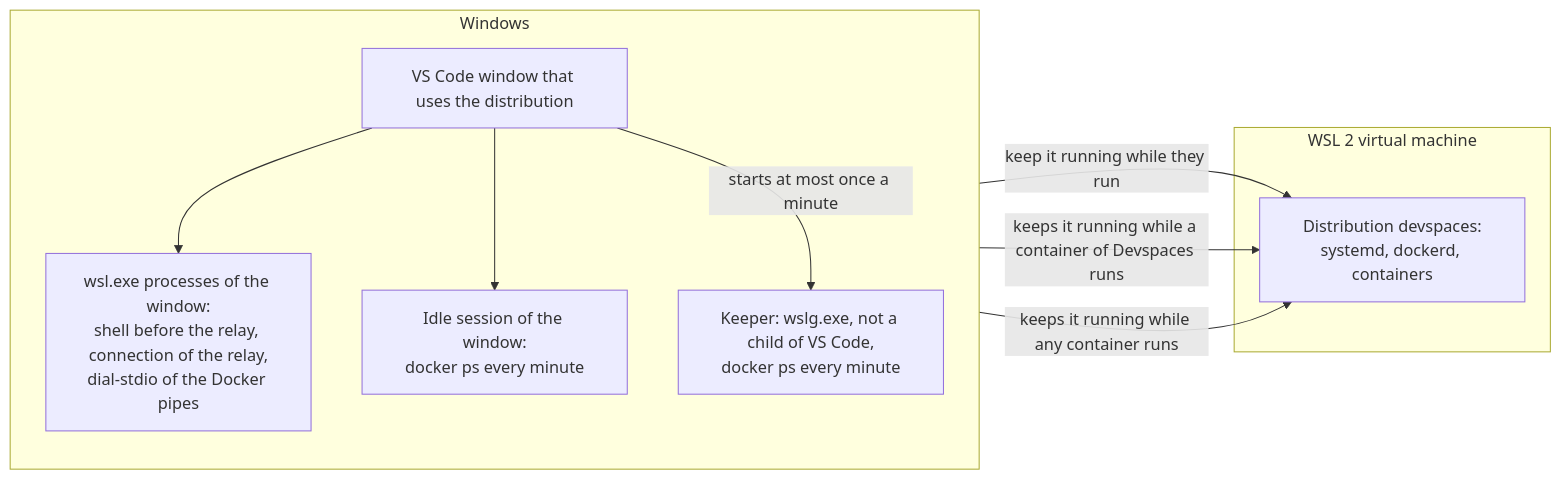
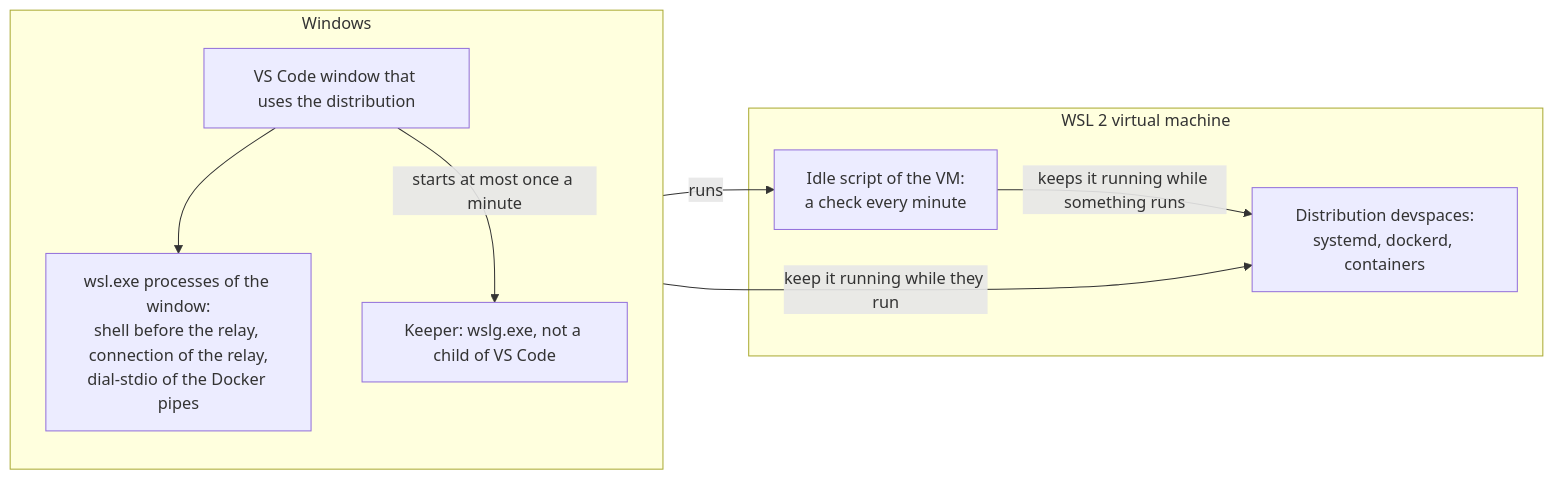
The fourth of 4 diagrams in docs/remote-connection.md (nimblescape/devspaces-vscode), drawn with Mermaid before and after one commit. The commit also changed other lines of this file and 14 other files, not shown here.

First line of the commit message:
Hold the WSL distribution with the idle script of the VM (#85)

````diff
--- a/docs/remote-connection.md
+++ b/docs/remote-connection.md
@@ -520,19 +520,18 @@
 ```mermaid
 flowchart LR
   subgraph WINDOWS["Windows"]
     direction TB
     VS["VS Code window that uses the distribution"]
     P["wsl.exe processes of the window:<br/>shell before the relay, connection of the relay,<br/>dial-stdio of the Docker pipes"]
-    I["Idle session of the window:<br/>docker ps every minute"]
-    K["Keeper: wslg.exe, not a child of VS Code,<br/>docker ps every minute"]
+    K["Keeper: wslg.exe, not a child of VS Code"]
   end
   subgraph VM["WSL 2 virtual machine"]
     D["Distribution devspaces:<br/>systemd, dockerd, containers"]
+    S["Idle script of the VM:<br/>a check every minute"]
   end
   VS --> P
-  VS --> I
   VS -- "starts at most once a minute" --> K
   P -- "keep it running while they run" --> D
-  I -- "keeps it running while a container of Devspaces runs" --> D
-  K -- "keeps it running while any container runs" --> D
+  K -- "runs" --> S
+  S -- "keeps it running while something runs" --> D
 ```
````
